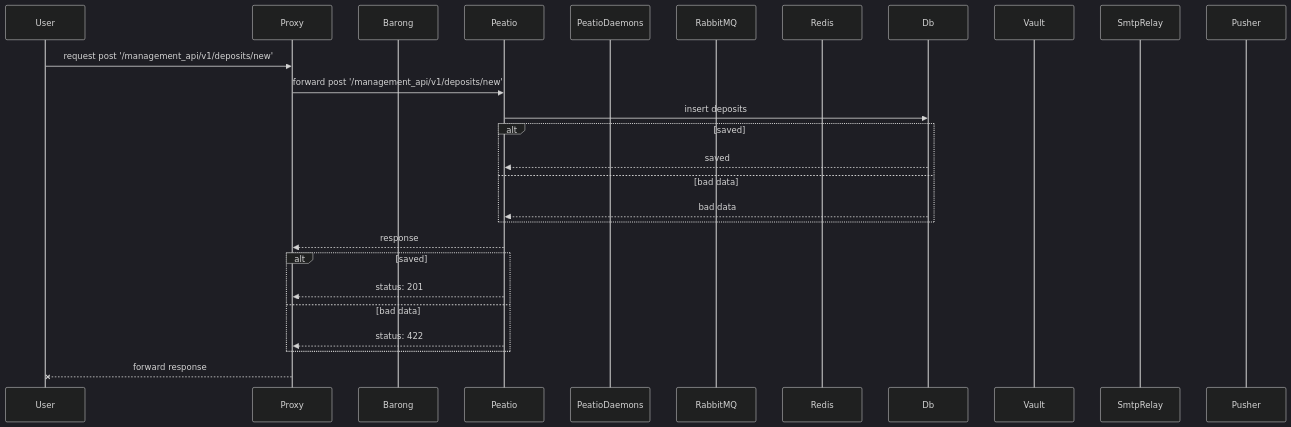
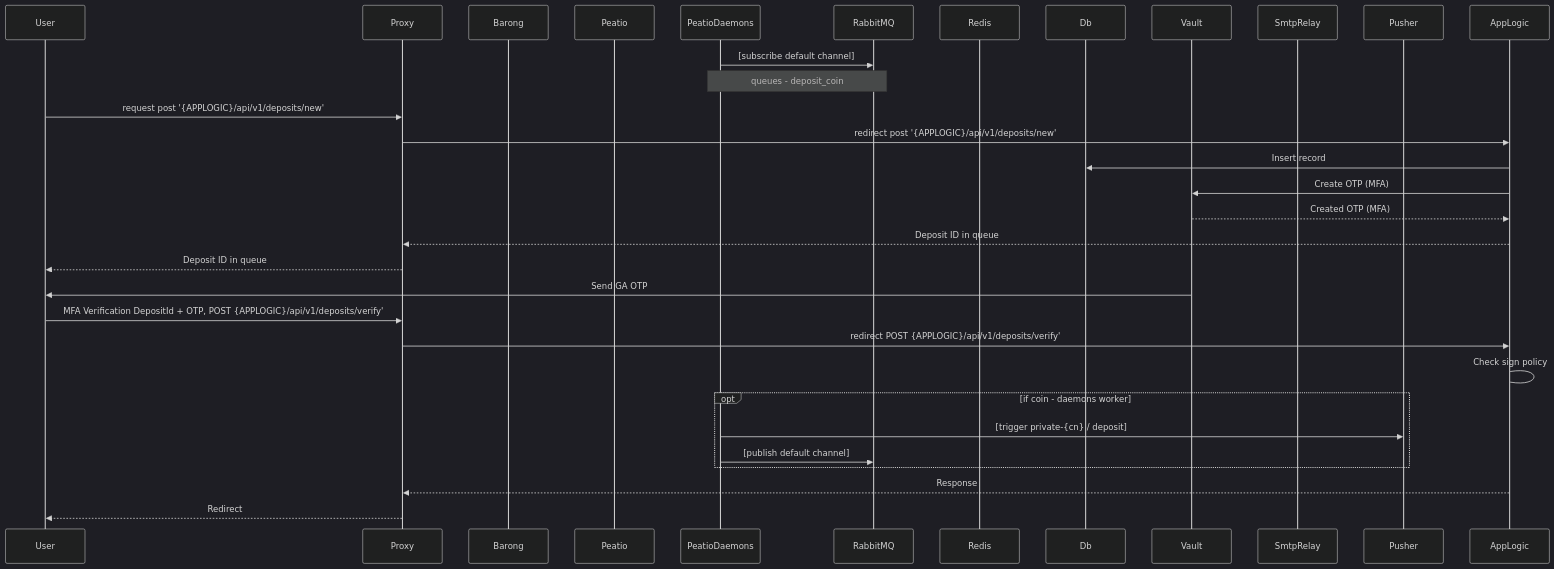
One commit to sergii-savchenko/rkcp_arch changed diagram 27 of 31 in README.md. Above: the diagram before and after it, drawn with Mermaid (dark theme). The commit also changed other lines of this file and 8 other files, not shown here.

````diff
--- a/README.md
+++ b/README.md
@@ -853,30 +1586,37 @@
 ```mermaid
 sequenceDiagram
     participant User
     participant Proxy
     participant Barong
     participant Peatio
     participant PeatioDaemons
     participant RabbitMQ
     participant Redis
     participant Db
     participant Vault
     participant SmtpRelay
     participant Pusher
 
-    User->>Proxy: request post '/management_api/v1/deposits/new'
-    Proxy->>Peatio: forward post '/management_api/v1/deposits/new'
-    Peatio->>Db:  insert deposits
-    alt saved
-        Db-->>Peatio: saved
-    else bad data
-        Db-->>Peatio: bad data
+    PeatioDaemons->>RabbitMQ: [subscribe default channel]
+    Note over PeatioDaemons,RabbitMQ: queues - deposit_coin
+    User->>Proxy: request post '{APPLOGIC}/api/v1/deposits/new'
+    Proxy->>AppLogic: redirect post '{APPLOGIC}/api/v1/deposits/new'
+    AppLogic->>Db: Insert record
+
+    AppLogic->>Vault: Create OTP (MFA)
+    Vault-->>AppLogic: Created OTP (MFA)
+    AppLogic-->>Proxy: Deposit ID in queue
+    Proxy-->>User: Deposit ID in queue
+
+    Vault->>User: Send GA OTP
+    User->>Proxy: MFA Verification DepositId + OTP, POST {APPLOGIC}/api/v1/deposits/verify'
+    Proxy->>AppLogic: redirect POST {APPLOGIC}/api/v1/deposits/verify'
+
+    AppLogic->AppLogic: Check sign policy
+    opt if coin - daemons worker
+        PeatioDaemons->>Pusher: [trigger private-{cn} / deposit]
+        PeatioDaemons->>RabbitMQ: [publish default channel]
     end
-    Peatio-->>Proxy: response
-    alt saved
-        Peatio-->>Proxy: status: 201
-    else bad data
-        Peatio-->>Proxy: status: 422
-    end
-    Proxy--xUser: forward response
+    AppLogic-->>Proxy: Response
+    Proxy-->>User: Redirect
 ```
````
